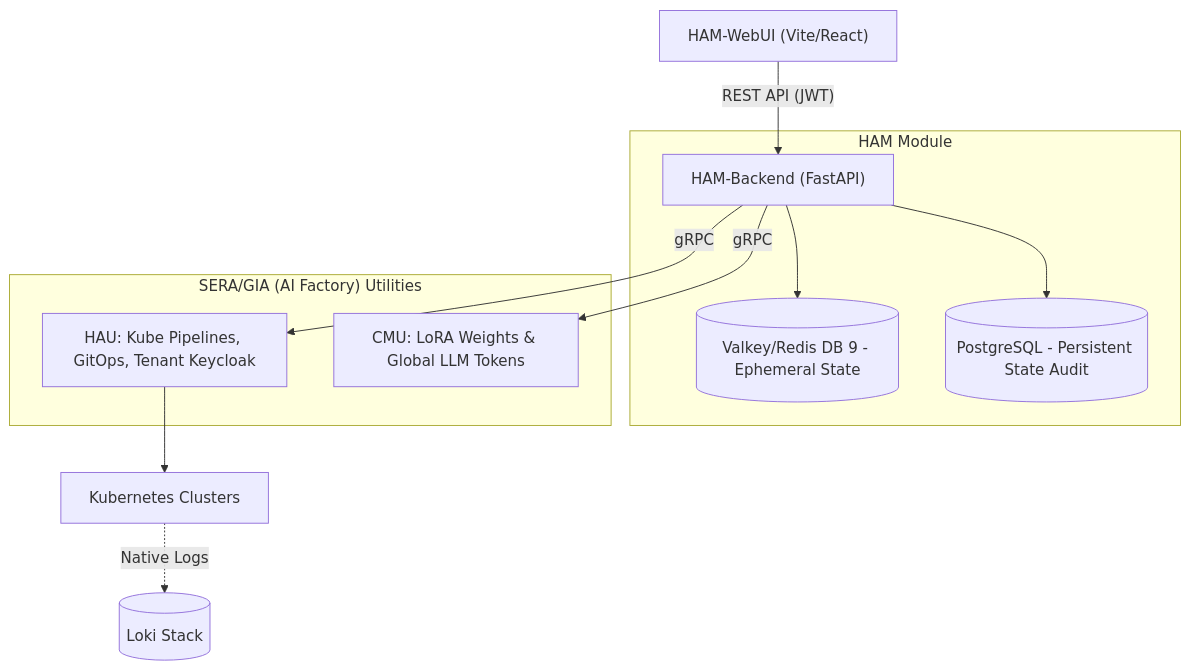
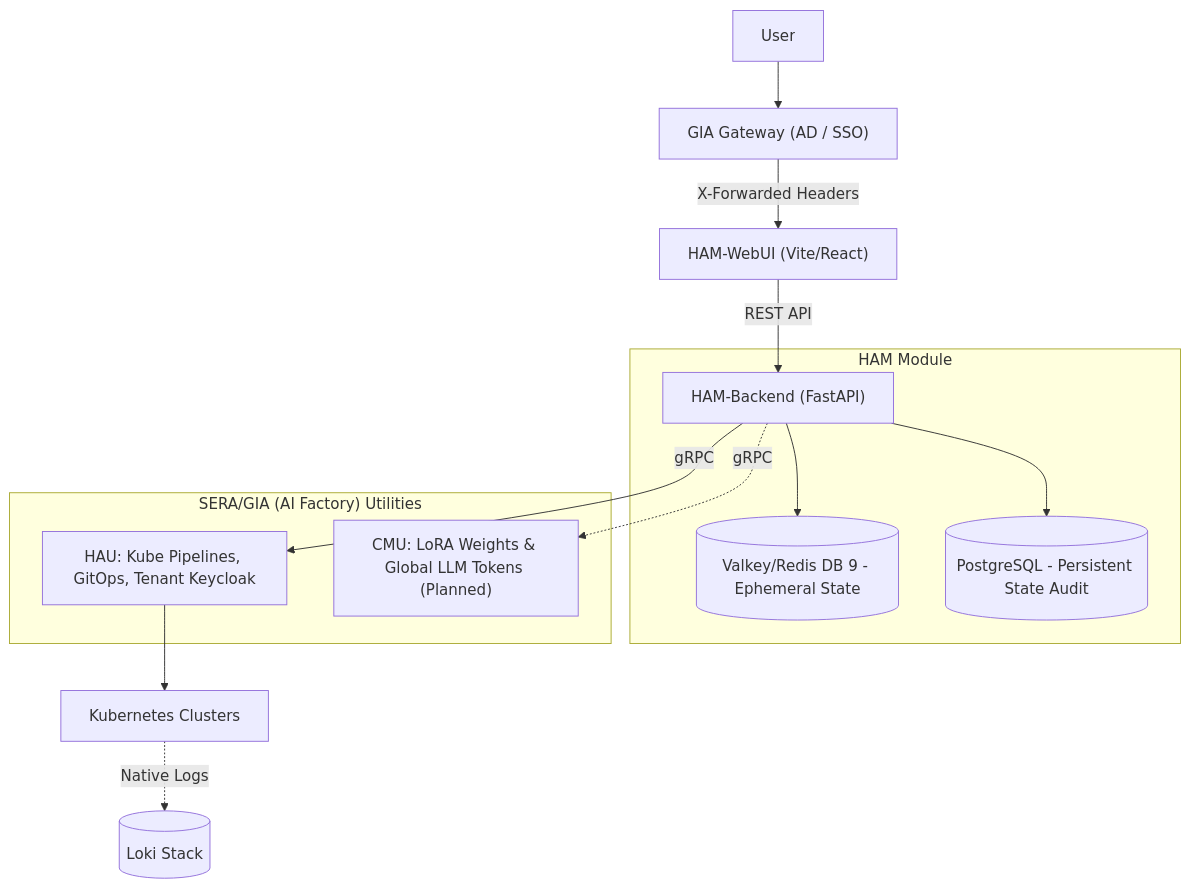
The diagram in ham_design.md (ssunthor/utilities-guides), drawn with Mermaid before and after one commit. The commit also changed other lines of this file and 7 other files, not shown here.

````diff
--- a/ham_design.md
+++ b/ham_design.md
@@ -23,17 +23,19 @@
 ```mermaid
 flowchart TD
-    UI["HAM-WebUI (Vite/React)"] -->|"REST API (JWT)"| API["HAM-Backend (FastAPI)"]
+    User["User"] --> GW["GIA Gateway (AD / SSO)"]
+    GW -->|"X-Forwarded Headers"| UI["HAM-WebUI (Vite/React)"]
+    UI -->|"REST API"| API["HAM-Backend (FastAPI)"]
     
     subgraph HAM_Module ["HAM Module"]
     API --> Cache[("Valkey/Redis DB 9 - Ephemeral State")]
     API --> DB[("PostgreSQL - Persistent State Audit")]
     end
     
     subgraph SERA_GIA_Utilities ["SERA/GIA (AI Factory) Utilities"]
     API -- gRPC --> HAU["HAU: Kube Pipelines, GitOps, Tenant Keycloak"]
-    API -- gRPC --> CMU["CMU: LoRA Weights & Global LLM Tokens"]
+    API -. gRPC .-> CMU["CMU: LoRA Weights & Global LLM Tokens (Planned)"]
     end
     
     HAU --> Kube["Kubernetes Clusters"]
     Kube -.->|Native Logs| Loki[("Loki Stack")]
 ```
````
